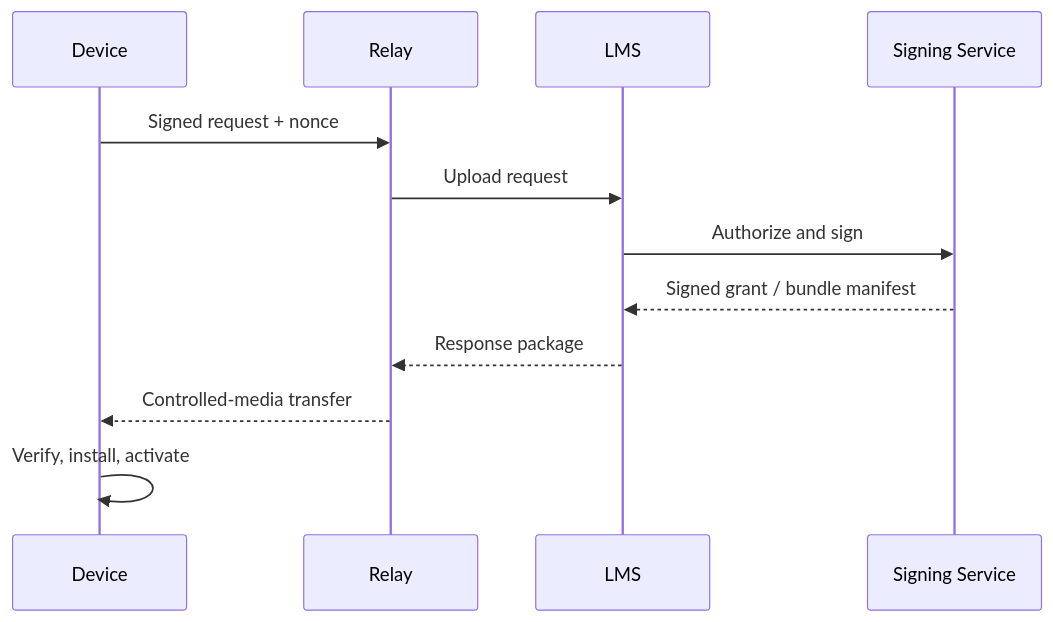
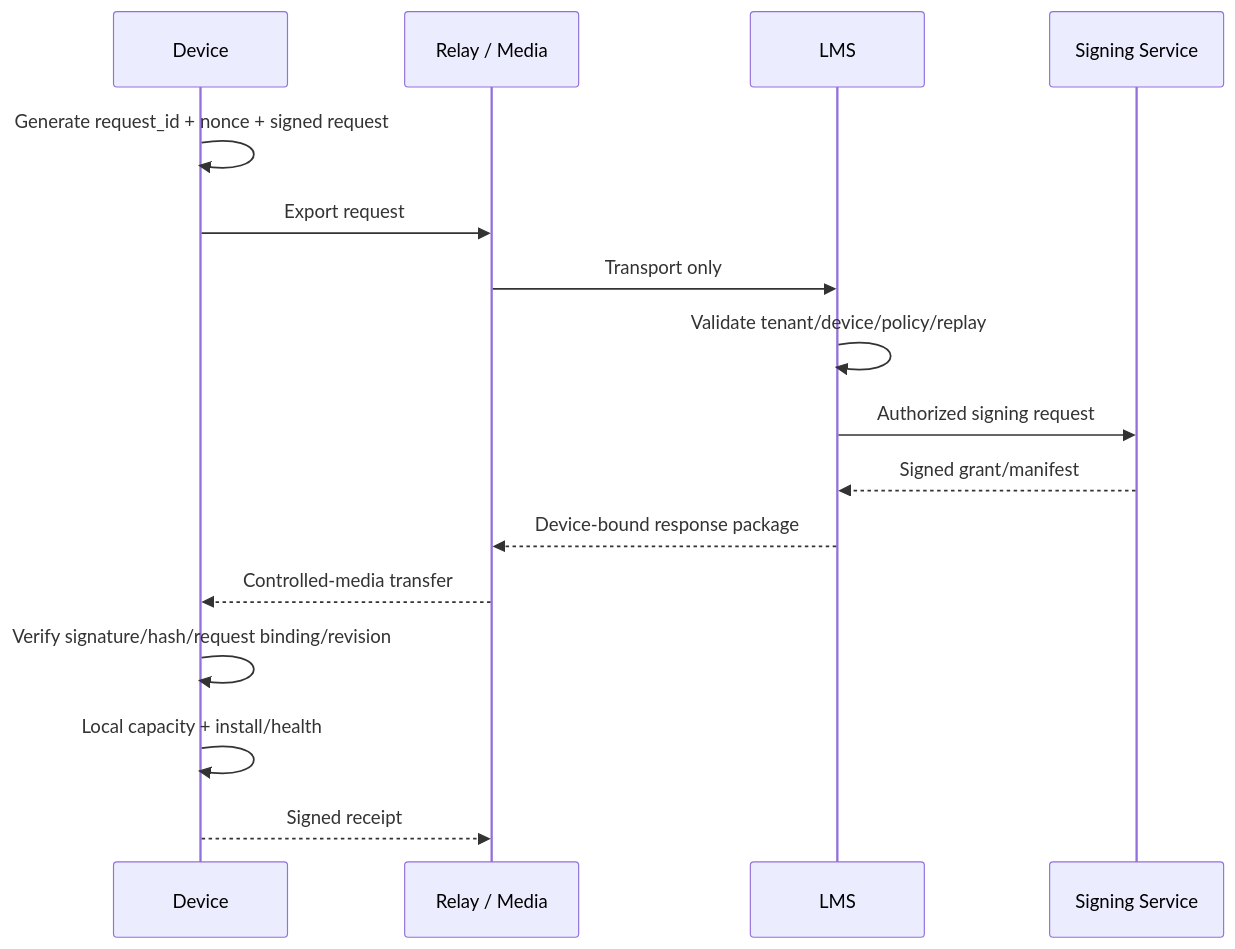
One commit to Niranjan1005/lms changed the diagram in docs/architecture/trust-boundaries.md. Above: the diagram before and after it, drawn with Mermaid. The commit also changed other lines of this file, not shown here.

```diff
--- a/docs/architecture/trust-boundaries.md
+++ b/docs/architecture/trust-boundaries.md
@@ -15,14 +30,18 @@
 ~~~mermaid
 sequenceDiagram
     participant D as Device
-    participant R as Relay
+    participant R as Relay / Media
     participant L as LMS
     participant S as Signing Service
-    D->>R: Signed request + nonce
-    R->>L: Upload request
-    L->>S: Authorize and sign
-    S-->>L: Signed grant / bundle manifest
-    L-->>R: Response package
+    D->>D: Generate request_id + nonce + signed request
+    D->>R: Export request
+    R->>L: Transport only
+    L->>L: Validate tenant/device/policy/replay
+    L->>S: Authorized signing request
+    S-->>L: Signed grant/manifest
+    L-->>R: Device-bound response package
     R-->>D: Controlled-media transfer
-    D->>D: Verify, install, activate
+    D->>D: Verify signature/hash/request binding/revision
+    D->>D: Local capacity + install/health
+    D-->>R: Signed receipt
 ~~~
```
